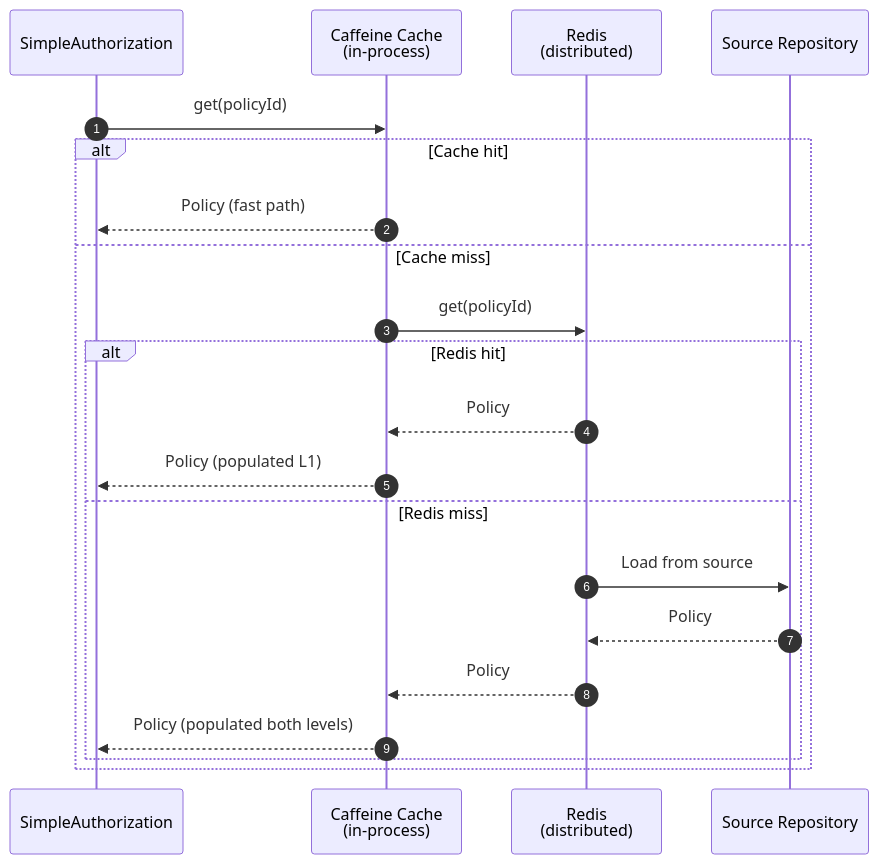
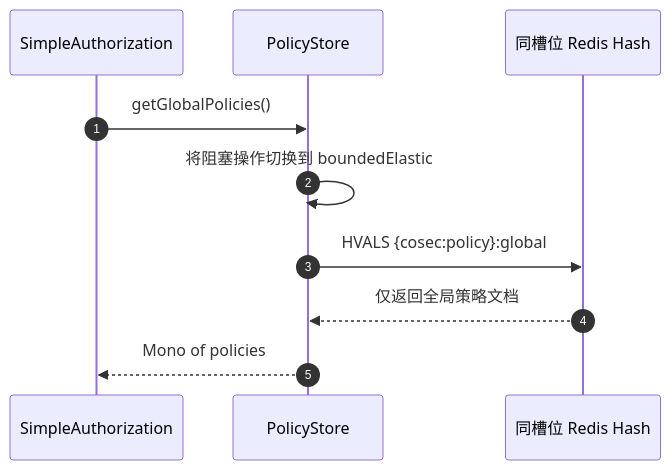
The fourth of 4 diagrams in wiki/zh/deep-dive/operations/performance.md (Ahoo-Wang/CoSec), drawn with Mermaid before and after one commit. The commit also changed other lines of this file and 26 other files, not shown here.

````diff
--- a/wiki/zh/deep-dive/operations/performance.md
+++ b/wiki/zh/deep-dive/operations/performance.md
@@ -161,27 +161,16 @@
 ```mermaid
 sequenceDiagram
     autonumber
     participant Auth as SimpleAuthorization
-    participant L1 as Caffeine Cache<br>(in-process)
-    participant L2 as Redis<br>(distributed)
-    participant Source as Source Repository
+    participant Store as PolicyStore
+    participant Redis as 同槽位 Redis Hash
 
-    Auth->>L1: get(policyId)
-    alt Cache hit
-        L1-->>Auth: Policy (fast path)
-    else Cache miss
-        L1->>L2: get(policyId)
-        alt Redis hit
-            L2-->>L1: Policy
-            L1-->>Auth: Policy (populated L1)
-        else Redis miss
-            L2->>Source: Load from source
-            Source-->>L2: Policy
-            L2-->>L1: Policy
-            L1-->>Auth: Policy (populated both levels)
-        end
-    end
+    Auth->>Store: getGlobalPolicies()
+    Store->>Store: 将阻塞操作切换到 boundedElastic
+    Store->>Redis: HVALS {cosec:policy}:global
+    Redis-->>Store: 仅返回全局策略文档
+    Store-->>Auth: Mono of policies
 
 
 
 ```
````
